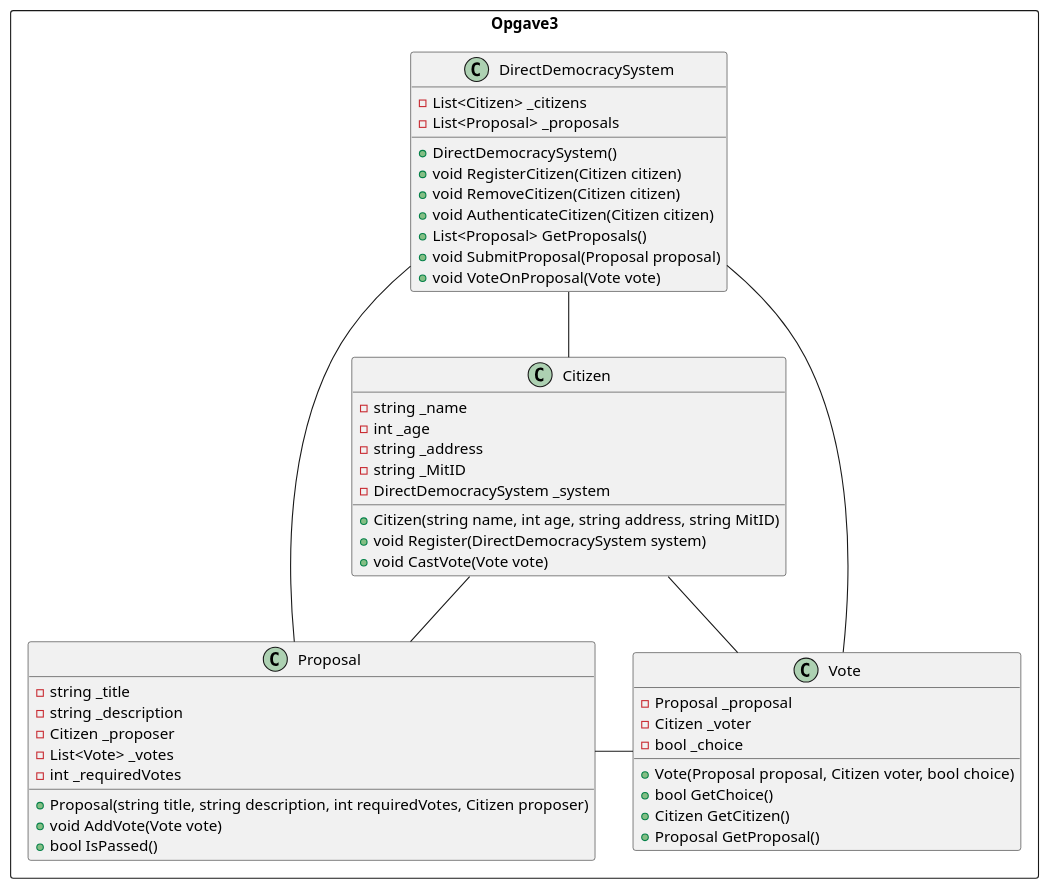
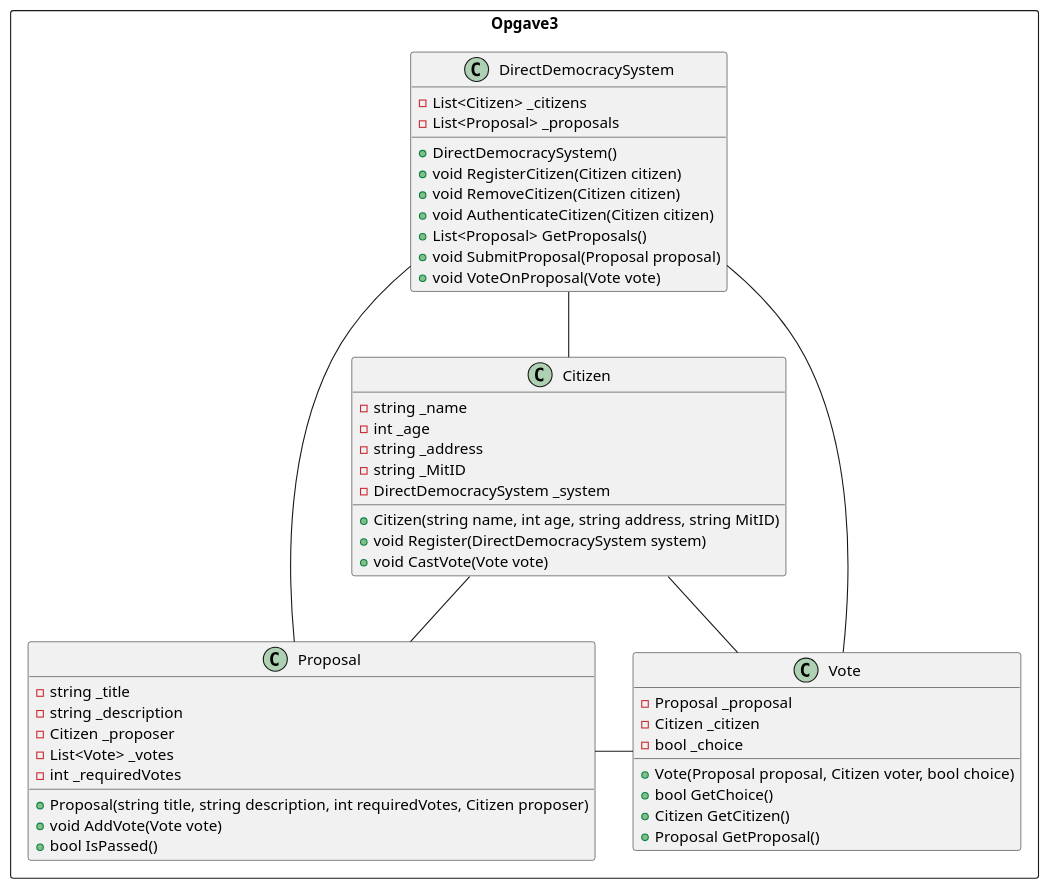
One commit to ViliusIvanovas/Opgave3 changed the diagram in Opgave3/uml.puml. Above: the diagram before and after it, drawn with PlantUML.

Commit message:
fixed the _vtier -> _citizen in the puml, since otherwise test fails

```diff
--- a/Opgave3/uml.puml
+++ b/Opgave3/uml.puml
@@ -1,54 +1,54 @@
 @startuml
 rectangle Opgave3{
   class DirectDemocracySystem {
     - List<Citizen> _citizens
     - List<Proposal> _proposals
     + DirectDemocracySystem()
     + void RegisterCitizen(Citizen citizen)
     + void RemoveCitizen(Citizen citizen)
     + void AuthenticateCitizen(Citizen citizen)
     + List<Proposal> GetProposals()
     + void SubmitProposal(Proposal proposal)
     + void VoteOnProposal(Vote vote)
   }
 
   class Citizen {
     - string _name
     - int _age
     - string _address
     - string _MitID
     - DirectDemocracySystem _system
     + Citizen(string name, int age, string address, string MitID)
     + void Register(DirectDemocracySystem system)
     + void CastVote(Vote vote)
   }
 
   class Proposal {
     - string _title
     - string _description
     - Citizen _proposer
     - List<Vote> _votes
     - int _requiredVotes
     + Proposal(string title, string description, int requiredVotes, Citizen proposer)
     + void AddVote(Vote vote)
     + bool IsPassed()
   }
 
   class Vote {
     - Proposal _proposal
-    - Citizen _voter
+    - Citizen _citizen
     - bool _choice
     + Vote(Proposal proposal, Citizen voter, bool choice)
     + bool GetChoice()
     + Citizen GetCitizen()
     + Proposal GetProposal()
   }
 
   DirectDemocracySystem -- Citizen
   DirectDemocracySystem -- Proposal
   DirectDemocracySystem -- Vote
   Citizen -- Vote
   Proposal - Vote
   Citizen -- Proposal
 }
 @enduml
```
